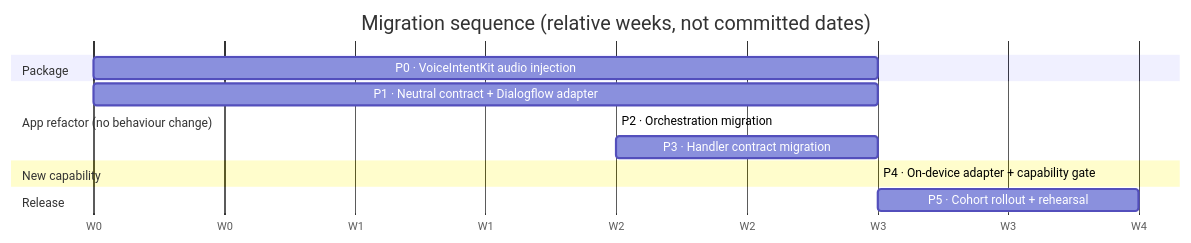
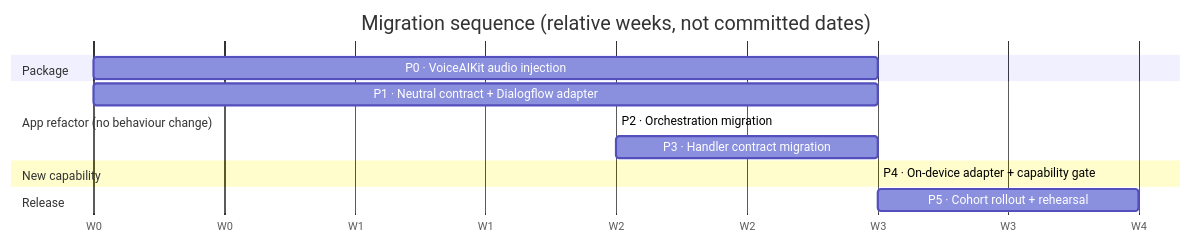
Before and after one commit to akashrwt5/STT: the first of 2 diagrams in docs/pva-integration/PLAN-migration-and-rollout.md, drawn with Mermaid. The commit also changed other lines of this file and 271 other files, not shown here.

First line of the commit message:
refactor!: rename the package VoiceIntentKit -> VoiceAIKit

````diff
--- a/docs/pva-integration/PLAN-migration-and-rollout.md
+++ b/docs/pva-integration/PLAN-migration-and-rollout.md
@@ -19,17 +19,17 @@
 ```mermaid
 gantt
     title Migration sequence (relative weeks, not committed dates)
     dateFormat X
     axisFormat W%s
 
     section Package
-    P0 · VoiceIntentKit audio injection      :p0, 0, 3
+    P0 · VoiceAIKit audio injection      :p0, 0, 3
     section App refactor (no behaviour change)
     P1 · Neutral contract + Dialogflow adapter :p1, 1, 3
     P2 · Orchestration migration              :p2, after p1, 2
     P3 · Handler contract migration           :p3, after p2, 3
     section New capability
     P4 · On-device adapter + capability gate   :p4, after p0, 3
     section Release
     P5 · Cohort rollout + rehearsal            :p5, after p3, 4
 ```
````
